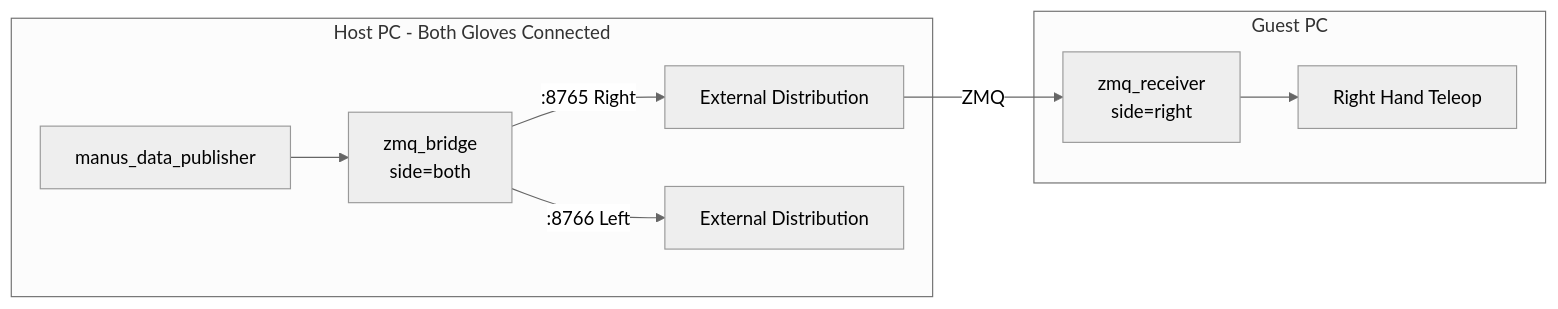
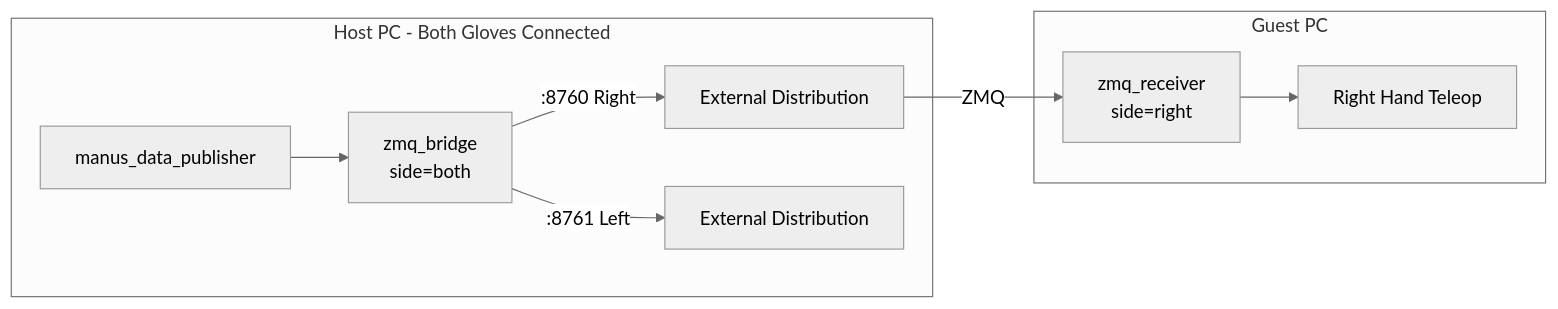
The third of 5 diagrams in README.md (GeminiNinth/manus_ros2_transporter), drawn with Mermaid (neutral theme) before and after one commit. The commit also changed other lines of this file and 7 other files, not shown here.

````diff
--- a/README.md
+++ b/README.md
@@ -203,14 +203,14 @@
 ```mermaid
 flowchart LR
     subgraph Host [Host PC - Both Gloves Connected]
         H_MDP[manus_data_publisher] --> H_ZB[zmq_bridge<br/>side=both]
-        H_ZB -->|:8765 Right| H_R[External Distribution]
-        H_ZB -->|:8766 Left| H_L[External Distribution]
+        H_ZB -->|:8760 Right| H_R[External Distribution]
+        H_ZB -->|:8761 Left| H_L[External Distribution]
     end
     
     subgraph Guest [Guest PC]
         G_ZR[zmq_receiver<br/>side=right] --> G_Teleop[Right Hand Teleop]
     end
     
     H_R -->|ZMQ| G_ZR
 ```
````
